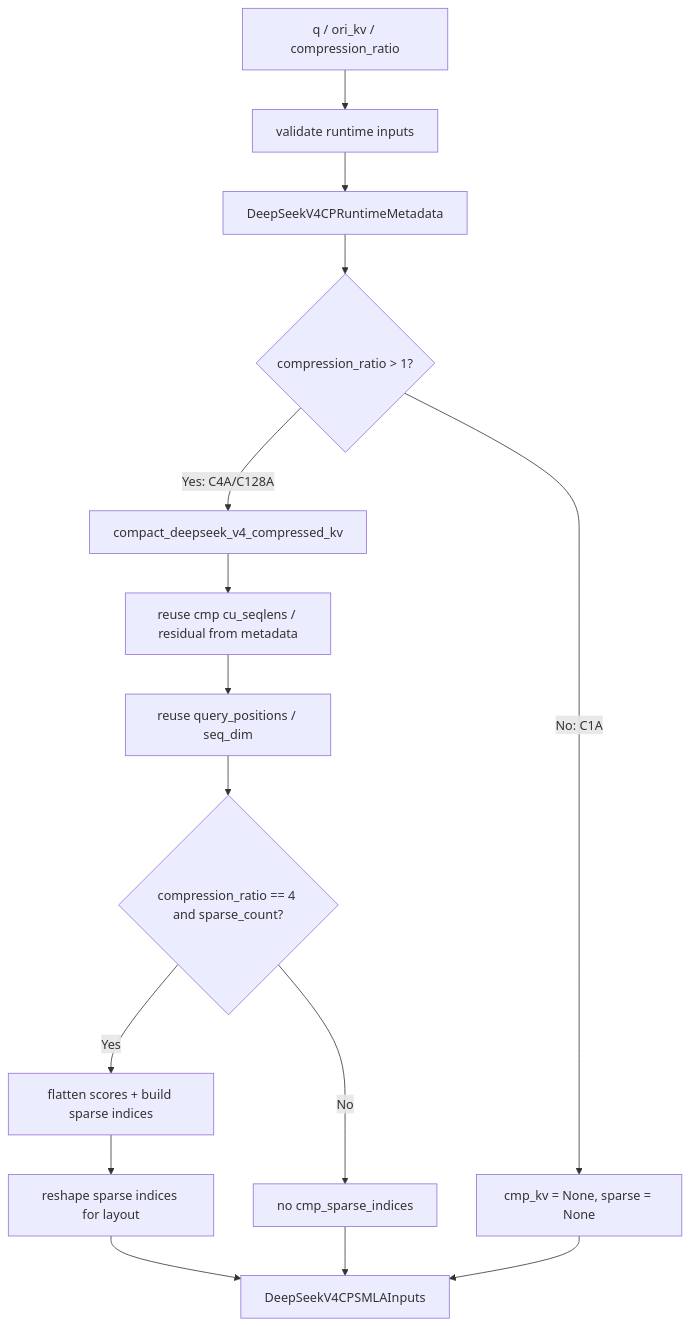
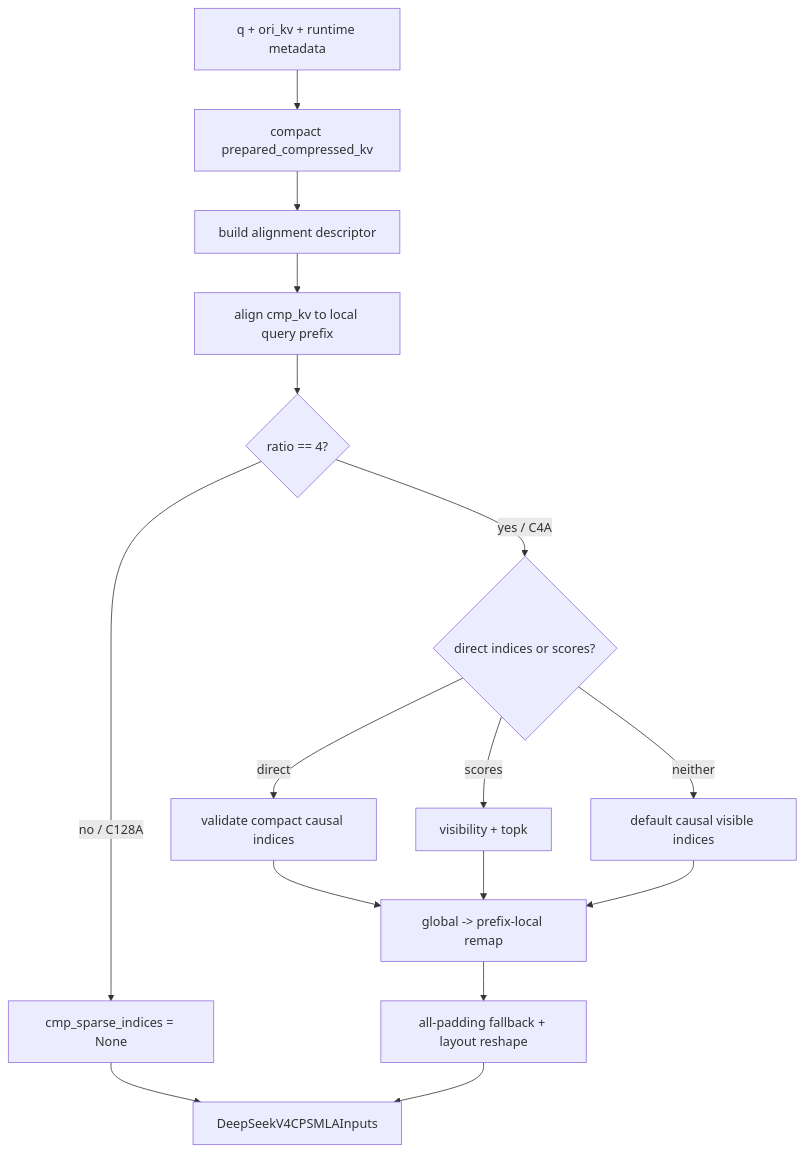
One commit to ChemLez/Megatron-Note changed the seventh of 13 diagrams in features/context_parallel/chapter-03-mindspeed-deepseek-v4-context-parallel.md. Above: the diagram before and after it, drawn with Mermaid. The commit also changed other lines of this file and 1 other file, not shown here.

Commit message:
docs: refresh DeepSeek V4 CP archive note

````diff
--- a/features/context_parallel/chapter-03-mindspeed-deepseek-v4-context-parallel.md
+++ b/features/context_parallel/chapter-03-mindspeed-deepseek-v4-context-parallel.md
@@ -789,17 +770,18 @@
 ```mermaid
 flowchart TD
-    A["q / ori_kv / compression_ratio"] --> B["validate runtime inputs"]
-    B --> B1["DeepSeekV4CPRuntimeMetadata"]
-    B1 --> C{"compression_ratio > 1?"}
-    C -- "No: C1A" --> D["cmp_kv = None, sparse = None"]
-    C -- "Yes: C4A/C128A" --> E["compact_deepseek_v4_compressed_kv"]
-    E --> F["reuse cmp cu_seqlens / residual from metadata"]
-    F --> G["reuse query_positions / seq_dim"]
-    G --> H{"compression_ratio == 4 and sparse_count?"}
-    H -- "Yes" --> I["flatten scores + build sparse indices"]
-    I --> I1["reshape sparse indices for layout"]
-    H -- "No" --> J["no cmp_sparse_indices"]
-    I1 --> K["DeepSeekV4CPSMLAInputs"]
+    A["q + ori_kv + runtime metadata"] --> B["compact prepared_compressed_kv"]
+    B --> C["build alignment descriptor"]
+    C --> D["align cmp_kv to local query prefix"]
+    D --> E{"ratio == 4?"}
+    E -- "no / C128A" --> F["cmp_sparse_indices = None"]
+    E -- "yes / C4A" --> G{"direct indices or scores?"}
+    G -- "direct" --> H["validate compact causal indices"]
+    G -- "scores" --> I["visibility + topk"]
+    G -- "neither" --> J["default causal visible indices"]
+    H --> K["global -> prefix-local remap"]
+    I --> K
     J --> K
-    D --> K
+    K --> L["all-padding fallback + layout reshape"]
+    F --> M["DeepSeekV4CPSMLAInputs"]
+    L --> M
 ```
````
